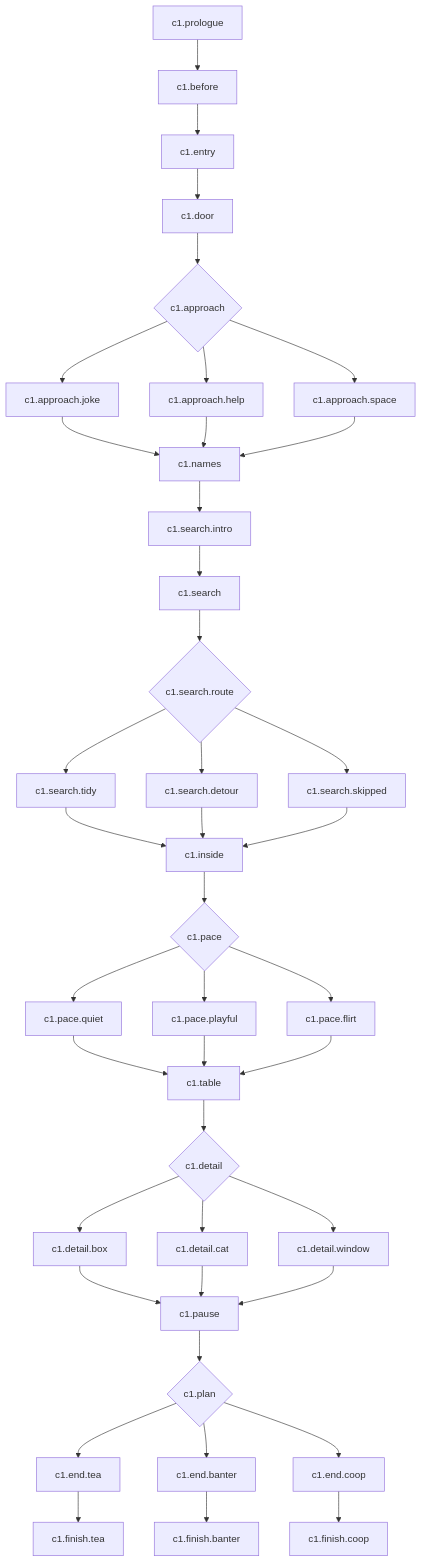
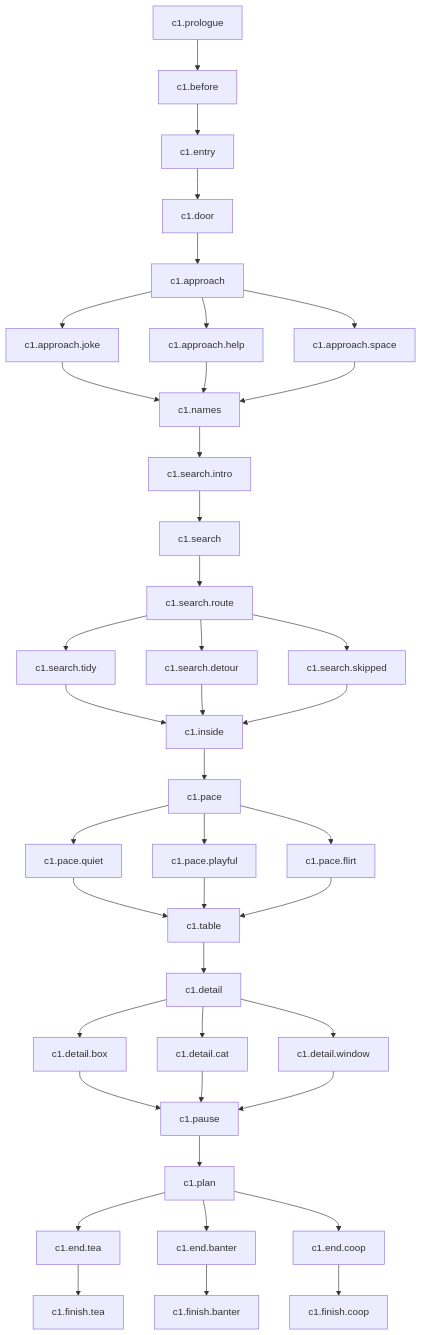
One commit to vlad28x/our-little-story changed the diagram in outputs/CHAPTER_01_SCRIPT.md. Above: the diagram before and after it, drawn with Mermaid. The commit also changed other lines of this file and 221 other files, not shown here.

````diff
--- a/outputs/CHAPTER_01_SCRIPT.md
+++ b/outputs/CHAPTER_01_SCRIPT.md
@@ -15,43 +7,76 @@
 ```mermaid
 flowchart TD
-  PRE[c1.prologue] --> VL[c1.before]
-  VL --> A[c1.entry]
-  A --> B[c1.door]
-  B --> C{c1.approach}
-  C --> J[c1.approach.joke]
-  C --> H[c1.approach.help]
-  C --> S[c1.approach.space]
-  J --> N[c1.names]
-  H --> N
-  S --> N
-  N --> T[c1.search.intro]
-  T --> M[c1.search]
-  M --> R{c1.search.route}
-  R --> RT[c1.search.tidy]
-  R --> RD[c1.search.detour]
-  R --> RS[c1.search.skipped]
-  RT --> I[c1.inside]
-  RD --> I
-  RS --> I
-  I --> P{c1.pace}
-  P --> Q[c1.pace.quiet]
-  P --> K[c1.pace.playful]
-  P --> F[c1.pace.flirt]
-  Q --> D[c1.table]
-  K --> D
-  F --> D
-  D --> L{c1.detail}
-  L --> LB[c1.detail.box]
-  L --> LC[c1.detail.cat]
-  L --> LW[c1.detail.window]
-  LB --> V[c1.pause]
-  LC --> V
-  LW --> V
-  V --> X{c1.plan}
-  X --> TE[c1.end.tea]
-  X --> BA[c1.end.banter]
-  X --> CO[c1.end.coop]
-  TE --> E1[c1.finish.tea]
-  BA --> E2[c1.finish.banter]
-  CO --> E3[c1.finish.coop]
+  c1.prologue
+  c1.prologue --> c1.before
+  c1.before
+  c1.before --> c1.entry
+  c1.entry
+  c1.entry --> c1.door
+  c1.door
+  c1.door --> c1.approach
+  c1.approach
+  c1.approach --> c1.approach.joke
+  c1.approach --> c1.approach.help
+  c1.approach --> c1.approach.space
+  c1.approach.joke
+  c1.approach.joke --> c1.names
+  c1.approach.help
+  c1.approach.help --> c1.names
+  c1.approach.space
+  c1.approach.space --> c1.names
+  c1.names
+  c1.names --> c1.search.intro
+  c1.search.intro
+  c1.search.intro --> c1.search
+  c1.search
+  c1.search --> c1.search.route
+  c1.search.tidy
+  c1.search.tidy --> c1.inside
+  c1.search.detour
+  c1.search.detour --> c1.inside
+  c1.search.skipped
+  c1.search.skipped --> c1.inside
+  c1.inside
+  c1.inside --> c1.pace
+  c1.pace
+  c1.pace --> c1.pace.quiet
+  c1.pace --> c1.pace.playful
+  c1.pace --> c1.pace.flirt
+  c1.pace.quiet
+  c1.pace.quiet --> c1.table
+  c1.pace.playful
+  c1.pace.playful --> c1.table
+  c1.pace.flirt
+  c1.pace.flirt --> c1.table
+  c1.table
+  c1.table --> c1.detail
+  c1.detail
+  c1.detail --> c1.detail.box
+  c1.detail --> c1.detail.cat
+  c1.detail --> c1.detail.window
+  c1.detail.box
+  c1.detail.box --> c1.pause
+  c1.detail.cat
+  c1.detail.cat --> c1.pause
+  c1.detail.window
+  c1.detail.window --> c1.pause
+  c1.pause
+  c1.pause --> c1.plan
+  c1.plan
+  c1.plan --> c1.end.tea
+  c1.plan --> c1.end.banter
+  c1.plan --> c1.end.coop
+  c1.end.tea
+  c1.end.tea --> c1.finish.tea
+  c1.end.banter
+  c1.end.banter --> c1.finish.banter
+  c1.end.coop
+  c1.end.coop --> c1.finish.coop
+  c1.search.route
+  c1.search.route --> c1.search.tidy
+  c1.search.route --> c1.search.detour
+  c1.search.route --> c1.search.skipped
+  c1.finish.tea
+  c1.finish.banter
+  c1.finish.coop
 ```
````
